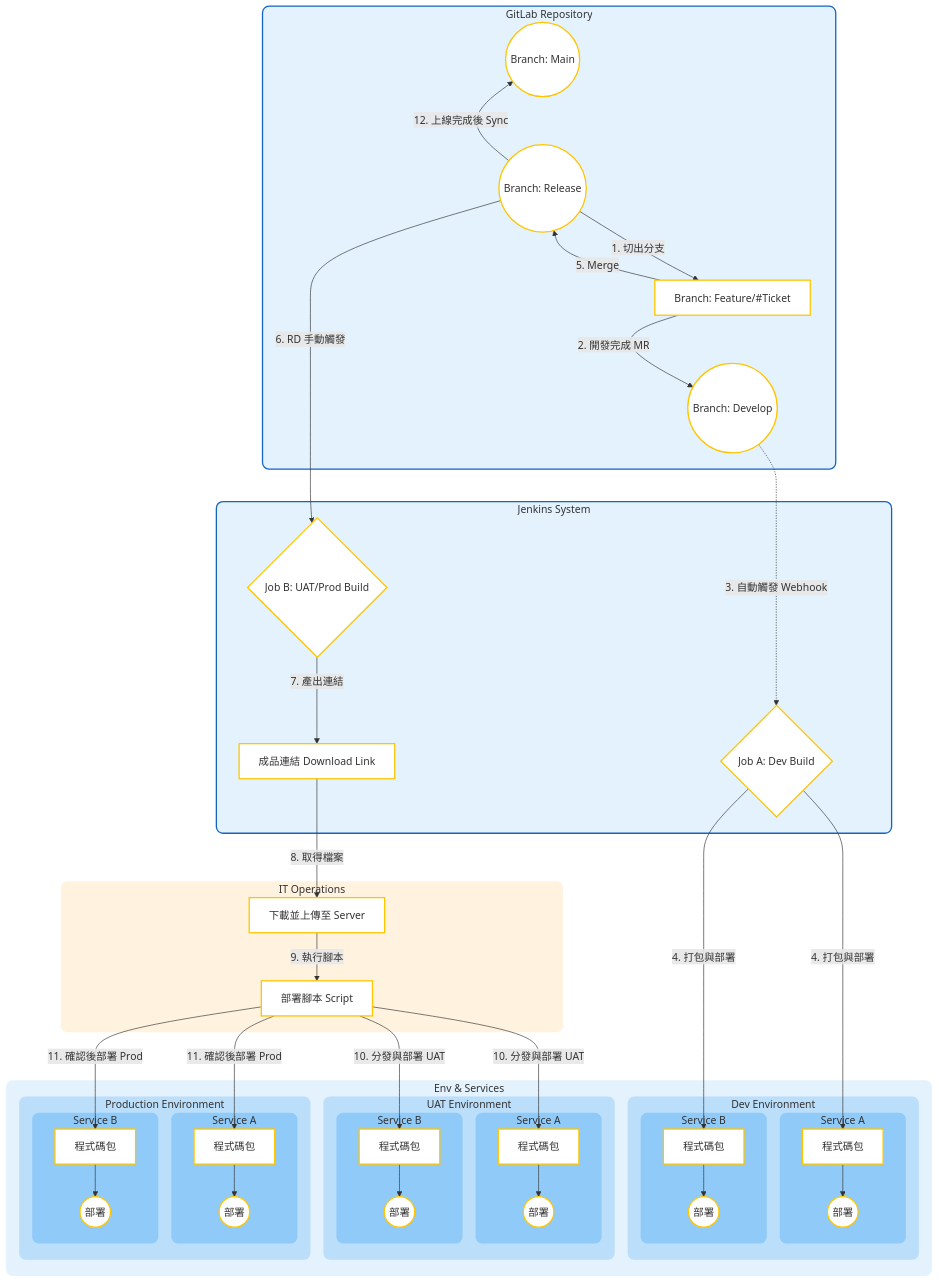
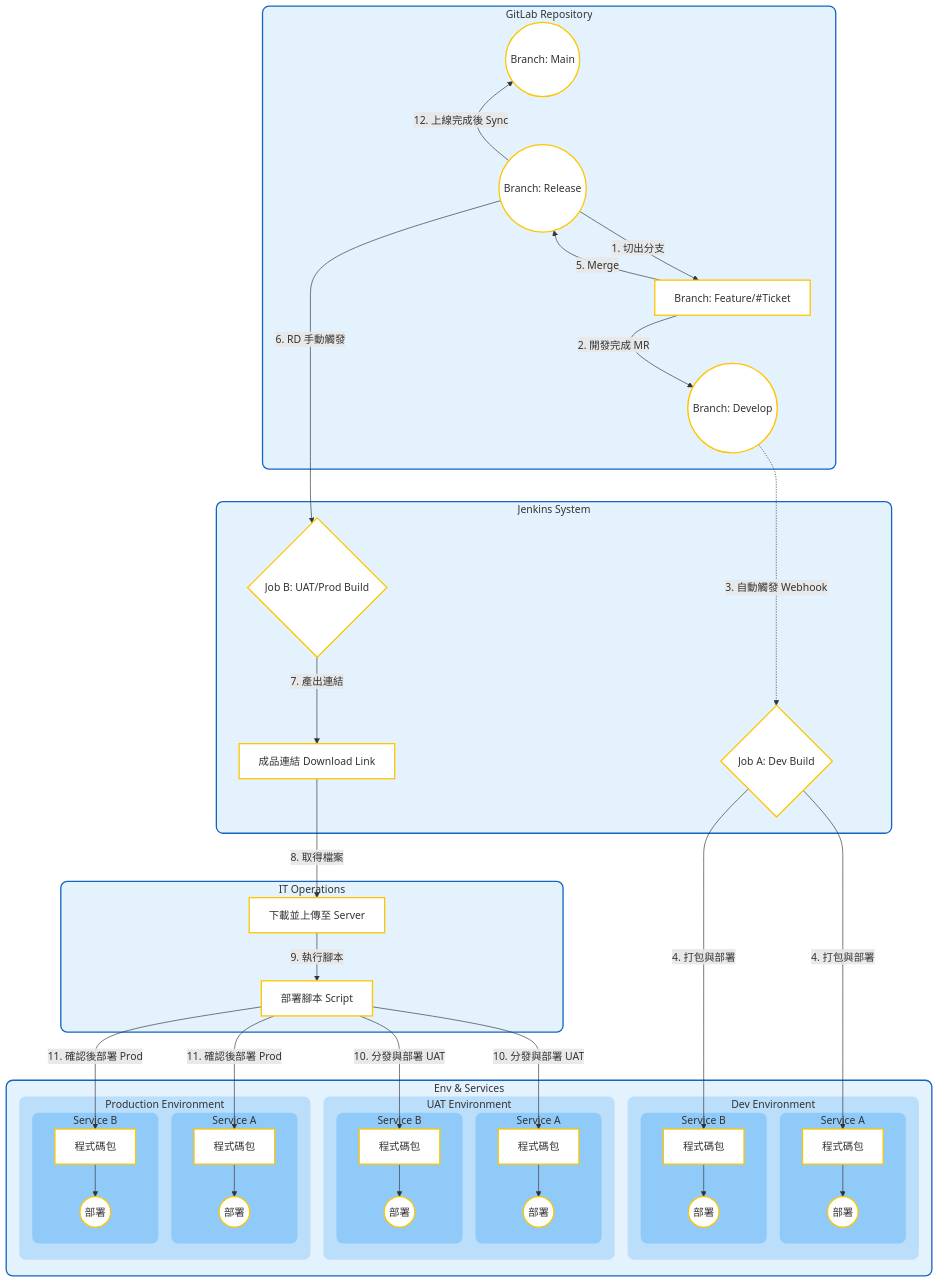
Before and after one commit to almightyken0425/KnowledgeVault: the first of 2 diagrams in SIT/ReleaseWorkFlow.md, drawn with Mermaid.

```diff
--- a/SIT/ReleaseWorkFlow.md
+++ b/SIT/ReleaseWorkFlow.md
@@ -103,8 +103,8 @@
     %% Level 1: Lightest Blue
     style Git_Repo fill:#E3F2FD,stroke:#1565C0,stroke-width:2px,rx:10,ry:10
     style CI_CD fill:#E3F2FD,stroke:#1565C0,stroke-width:2px,rx:10,ry:10
-    style Environments fill:#E3F2FD,stroke:#1565C0,stroke-width:0px,rx:10,ry:10
-    style Operations fill:#FFF3E0,stroke:#E65100,stroke-width:0px,rx:10,ry:10
+    style Environments fill:#E3F2FD,stroke:#1565C0,stroke-width:2px,rx:10,ry:10
+    style Operations fill:#E3F2FD,stroke:#1565C0,stroke-width:2px,rx:10,ry:10
 
     %% Level 2: Medium Blue
     style DevEnv fill:#BBDEFB,stroke:#1565C0,stroke-width:0px,rx:10,ry:10
```
